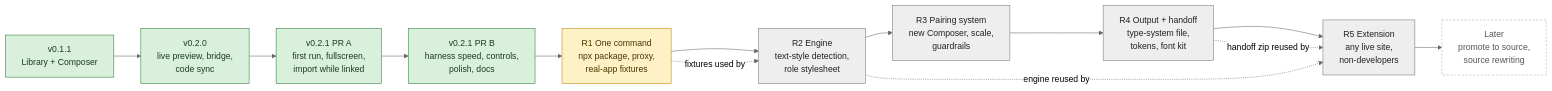
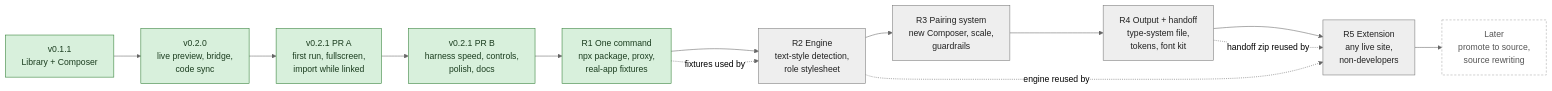
The diagram in docs/plans/2026-10-03-roadmap.md (pterw/font-kit-studio), drawn with Mermaid (neutral theme) before and after one commit. The commit also changed other lines of this file and 5 other files, not shown here.

````diff
--- a/docs/plans/2026-10-03-roadmap.md
+++ b/docs/plans/2026-10-03-roadmap.md
@@ -25,24 +25,24 @@
 ```mermaid
 flowchart LR
     classDef done fill:#d8f0dc,stroke:#2e7d32,color:#1b3d1f
     classDef active fill:#fff1c6,stroke:#b8860b,color:#4a3700
     classDef next fill:#dbe9ff,stroke:#2f5fb3,color:#14284d
     classDef planned fill:#eeeeee,stroke:#777,color:#222
     classDef later fill:#ffffff,stroke:#aaa,color:#555,stroke-dasharray:4 3
 
     V01["v0.1.1<br/>Library + Composer"]:::done
     V02["v0.2.0<br/>live preview, bridge,<br/>code sync"]:::done
     PRA["v0.2.1 PR A<br/>first run, fullscreen,<br/>import while linked"]:::done
     PRB["v0.2.1 PR B<br/>harness speed, controls,<br/>polish, docs"]:::done
-    R1["R1 One command<br/>npx package, proxy,<br/>real-app fixtures"]:::active
+    R1["R1 One command<br/>npx package, proxy,<br/>real-app fixtures"]:::done
     R2["R2 Engine<br/>text-style detection,<br/>role stylesheet"]:::planned
     R3["R3 Pairing system<br/>new Composer, scale,<br/>guardrails"]:::planned
     R4["R4 Output + handoff<br/>type-system file,<br/>tokens, font kit"]:::planned
     R5["R5 Extension<br/>any live site,<br/>non-developers"]:::planned
     L["Later<br/>promote to source,<br/>source rewriting"]:::later
 
     V01 --> V02 --> PRA --> PRB --> R1 --> R2 --> R3 --> R4 --> R5 --> L
     R1 -. fixtures used by .-> R2
     R2 -. engine reused by .-> R5
     R4 -. handoff zip reused by .-> R5
 ```
````
